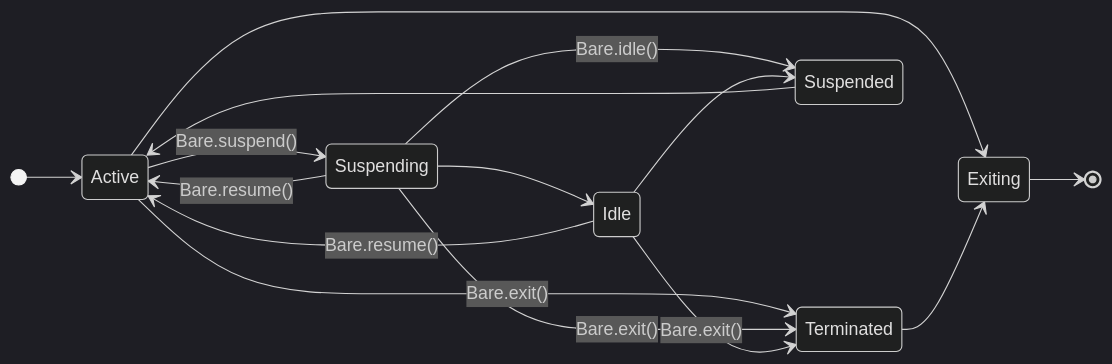
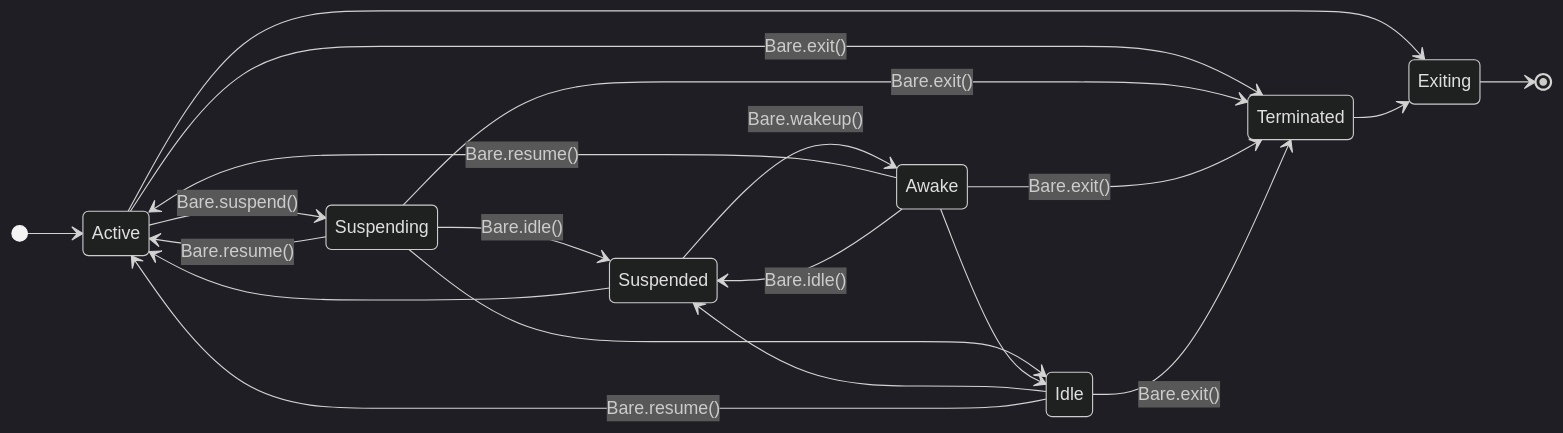
The diagram in README.md (holepunchto/bare), drawn with Mermaid (dark theme) before and after one commit. The commit also changed other lines of this file and 18 other files, not shown here.

Commit message:
Add `Bare.wakeup(deadline)` and `Bare.on('wakeup', deadline)` (#95)

````diff
--- a/README.md
+++ b/README.md
@@ -157,18 +165,23 @@
 ```mermaid
 stateDiagram
   direction LR
   [*] --> Active
   Active --> Suspending: Bare.suspend()
   Active --> Terminated: Bare.exit()
   Active --> Exiting
   Suspending --> Active: Bare.resume()
   Suspending --> Suspended: Bare.idle()
   Suspending --> Terminated: Bare.exit()
   Suspending --> Idle
+  Awake --> Active: Bare.resume()
+  Awake --> Suspended: Bare.idle()
+  Awake --> Terminated: Bare.exit()
+  Awake --> Idle
+  Idle --> Suspended
   Idle --> Active: Bare.resume()
   Idle --> Terminated: Bare.exit()
-  Idle --> Suspended
   Suspended --> Active
+  Suspended --> Awake: Bare.wakeup()
   Terminated --> Exiting
   Exiting --> [*]
 ```
````
